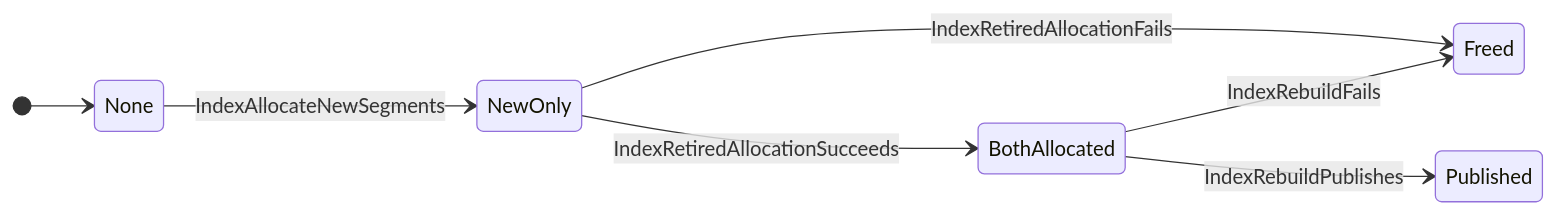
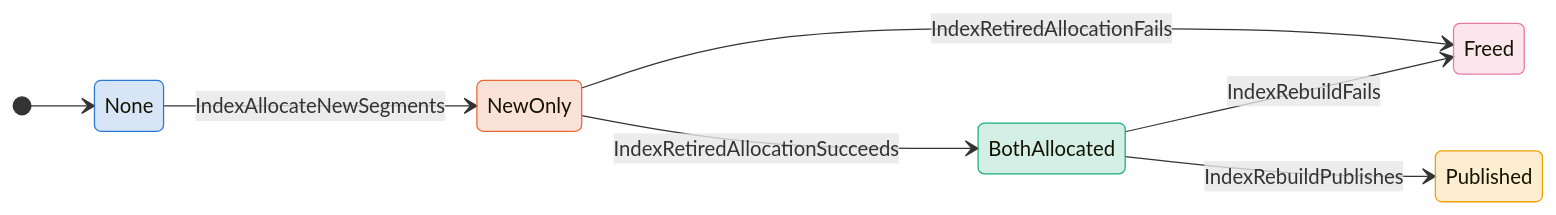
Before and after one commit to antflydb/antfly: the third of 4 diagrams in zig/specs/tla/diagrams/storage/lsm/AntflyLsmLifecycle.md, drawn with Mermaid. The commit also changed other lines of this file and 27 other files, not shown here.

````diff
--- a/zig/specs/tla/diagrams/storage/lsm/AntflyLsmLifecycle.md
+++ b/zig/specs/tla/diagrams/storage/lsm/AntflyLsmLifecycle.md
@@ -37,10 +53,22 @@
 ```mermaid
 stateDiagram-v2
     direction LR
     [*] --> None
     None --> NewOnly : IndexAllocateNewSegments
     NewOnly --> Freed : IndexRetiredAllocationFails
     NewOnly --> BothAllocated : IndexRetiredAllocationSucceeds
     BothAllocated --> Freed : IndexRebuildFails
     BothAllocated --> Published : IndexRebuildPublishes
+    classDef c_None fill:#2a78d630,stroke:#2a78d6
+    class None c_None
+    classDef c_NewOnly fill:#eb683430,stroke:#eb6834
+    class NewOnly c_NewOnly
+    classDef c_BothAllocated fill:#1baf7a30,stroke:#1baf7a
+    class BothAllocated c_BothAllocated
+    classDef c_Published fill:#eda10030,stroke:#eda100
+    class Published c_Published
+    classDef c_Freed fill:#e87ba430,stroke:#e87ba4
+    class Freed c_Freed
+    classDef c_Leaked fill:#00830030,stroke:#008300
+    class Leaked c_Leaked
 ```
````
